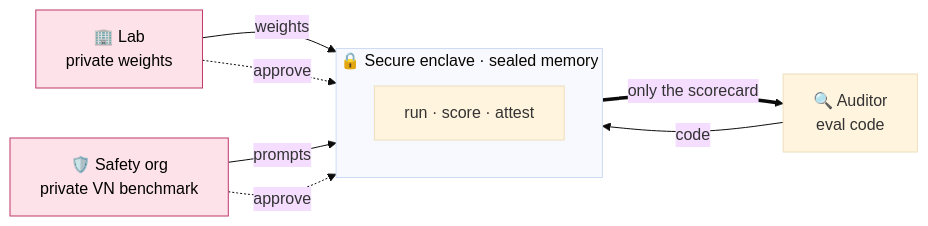
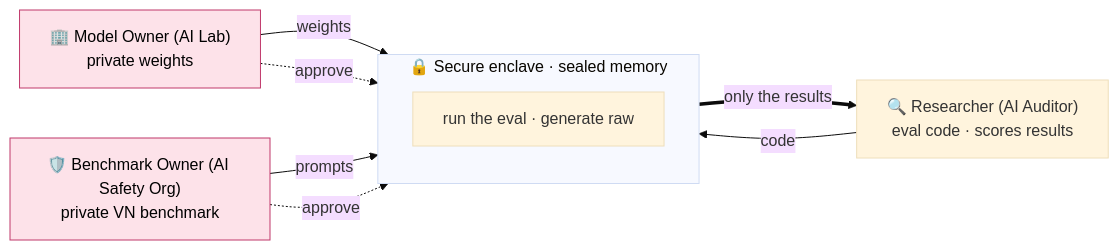
One commit to khoaguin/blindfold changed the first of 6 diagrams in README.md. Above: the diagram before and after it, drawn with Mermaid (base theme). The commit also changed other lines of this file and 5 other files, not shown here.

Commit message:
update docs and diagrams

````diff
--- a/README.md
+++ b/README.md
@@ -9,17 +8,17 @@
 ```mermaid
 flowchart LR
-    Lab["🏢 Lab<br/>private weights"]
-    Org["🛡️ Safety org<br/>private VN benchmark"]
-    Aud["🔍 Auditor<br/>eval code"]
+    Lab["🏢 Model Owner (AI Lab)<br/>private weights"]
+    Org["🛡️ Benchmark Owner (AI Safety Org)<br/>private VN benchmark"]
+    Aud["🔍 Researcher (AI Auditor)<br/>eval code · scores results"]
     subgraph E["🔒 Secure enclave · sealed memory"]
-      run["run · score · attest"]
+      run["run the eval · generate raw"]
     end
     Lab -- weights --> E
     Org -- prompts --> E
     Aud -- code --> E
     Lab -. approve .-> E
     Org -. approve .-> E
-    E == "only the scorecard" ==> Aud
+    E == "only the results" ==> Aud
     classDef secret fill:#fde2e9,stroke:#c0396b,color:#000
     class Lab,Org secret
 ```
````
